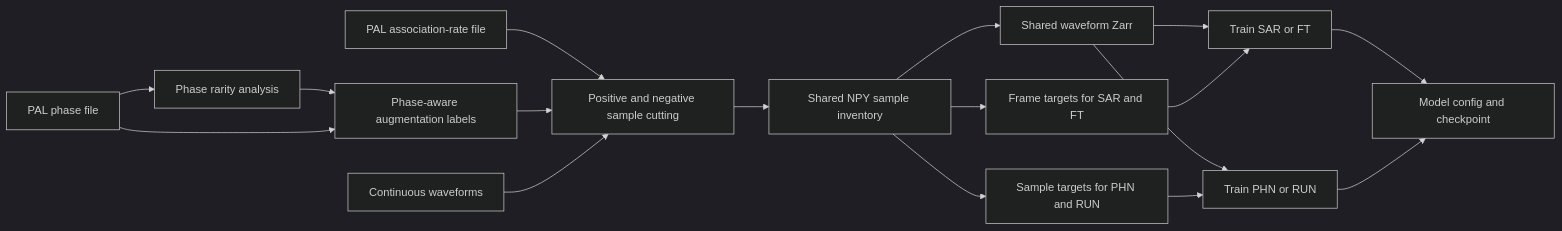
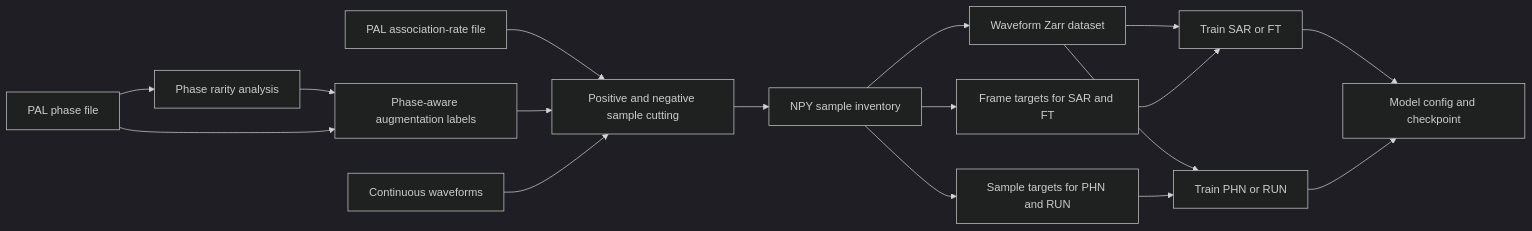
One commit to YijianZhou/AI-PAL changed the diagram in 2_train_picker/README.md. Above: the diagram before and after it, drawn with Mermaid (dark theme). The commit also changed other lines of this file and 27 other files, not shown here.

````diff
--- a/2_train_picker/README.md
+++ b/2_train_picker/README.md
@@ -43,19 +44,19 @@
 ```mermaid
 flowchart LR
     A[PAL phase file] --> B[Phase rarity analysis]
     B --> C[Phase-aware augmentation labels]
     A --> C
     D[PAL association-rate file] --> E[Positive and negative sample cutting]
     C --> E
     W[Continuous waveforms] --> E
-    E --> F[Shared NPY sample inventory]
-    F --> G[Shared waveform Zarr]
+    E --> F[NPY sample inventory]
+    F --> G[Waveform Zarr dataset]
     F --> H1[Frame targets for SAR and FT]
     F --> H2[Sample targets for PHN and RUN]
     G --> I1[Train SAR or FT]
     H1 --> I1
     G --> I2[Train PHN or RUN]
     H2 --> I2
     I1 --> J[Model config and checkpoint]
     I2 --> J
 ```
````
